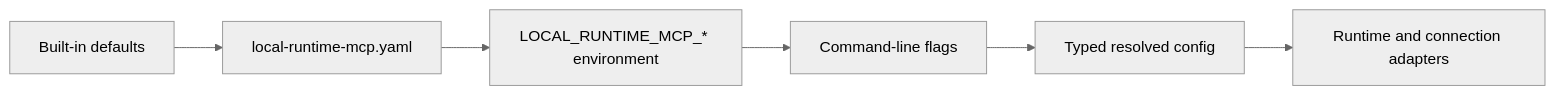
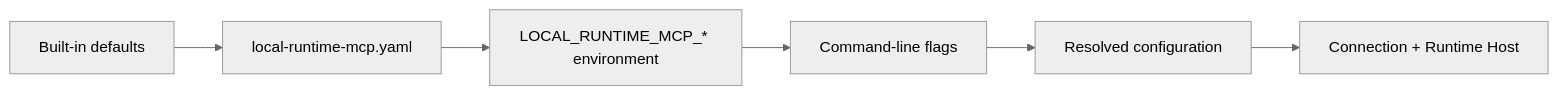
One commit to hicancan/local-runtime-mcp changed the second of 7 diagrams in README.md. Above: the diagram before and after it, drawn with Mermaid (neutral theme). The commit also changed other lines of this file and 21 other files, not shown here.

Commit message:
refactor: unify connection command model

````diff
--- a/README.md
+++ b/README.md
@@ -94,8 +138,8 @@
 ```mermaid
 flowchart LR
     D[Built-in defaults] --> Y[local-runtime-mcp.yaml]
     Y --> E[LOCAL_RUNTIME_MCP_* environment]
-    E --> F[Command-line flags]
-    F --> R[Typed resolved config]
-    R --> H[Runtime and connection adapters]
+    E --> A[Command-line flags]
+    A --> R[Resolved configuration]
+    R --> H[Connection + Runtime Host]
 ```
````
